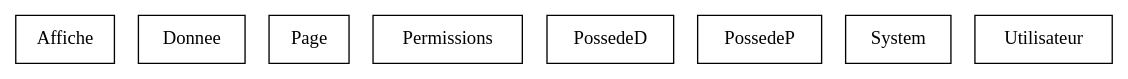
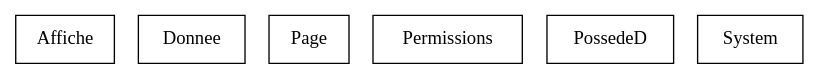
The diagram in bdp/reseau_social.dot (juliette39/reseau_social), drawn with Graphviz before and after one commit. The commit also changed 16 other files, not shown here.

```diff
--- a/bdp/reseau_social.dot
+++ b/bdp/reseau_social.dot
@@ -1,11 +1,9 @@
 digraph {
 Affiche [ label=" Affiche " shape= box ]
 Donnee [ label=" Donnee " shape= box ]
 Page [ label=" Page " shape= box ]
 Permissions [ label=" Permissions " shape= box ]
 PossedeD [ label=" PossedeD " shape= box ]
-PossedeP [ label=" PossedeP " shape= box ]
 System [ label=" System " shape= box ]
-Utilisateur [ label=" Utilisateur " shape= box ]
 
 }
```
